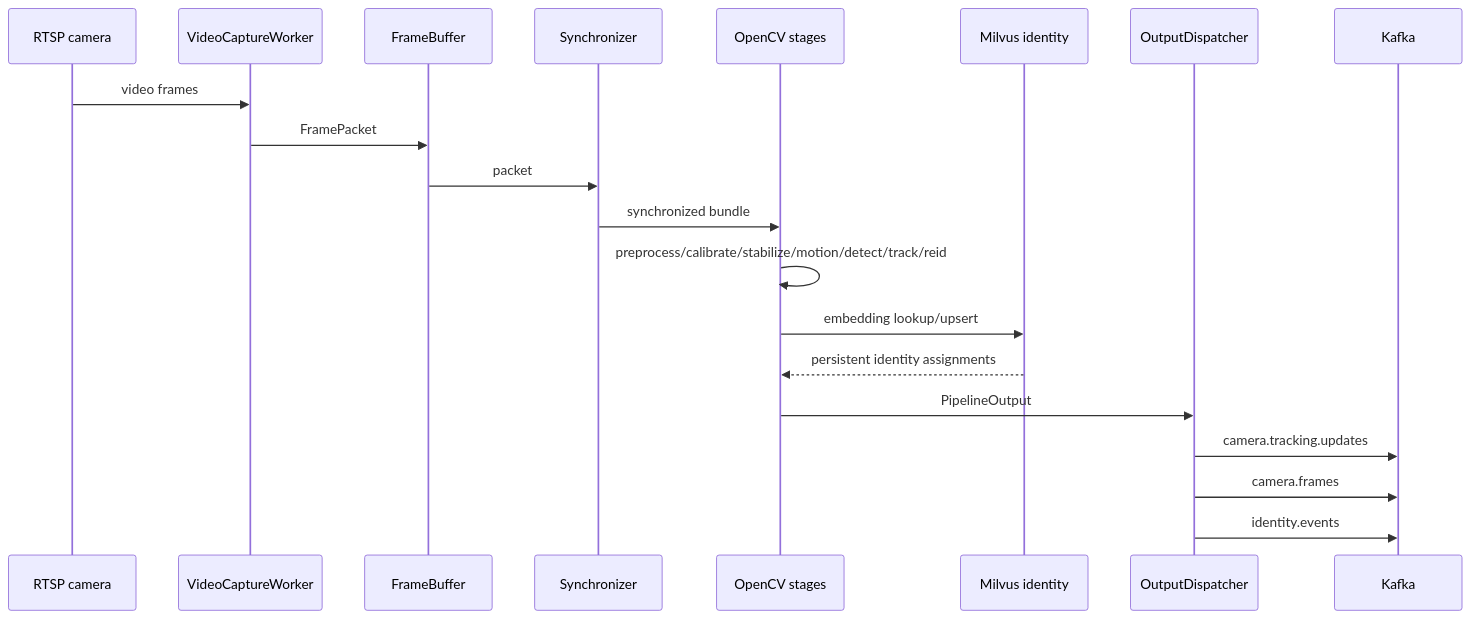
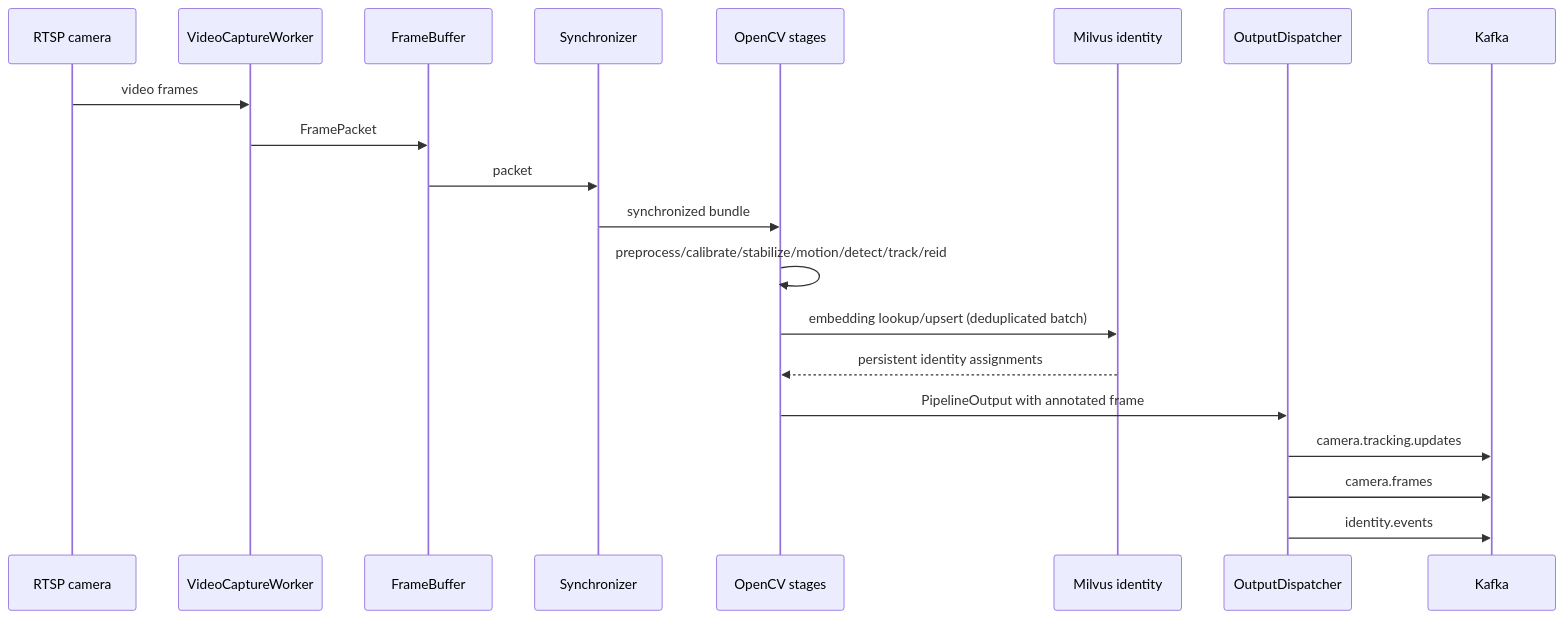
The fifth of 7 diagrams in backend/README.md (Premaramkarthik/Ai-Intelligence-Theft-Detection), drawn with Mermaid before and after one commit. The commit also changed other lines of this file and 85 other files, not shown here.

````diff
--- a/backend/README.md
+++ b/backend/README.md
@@ -520,23 +390,23 @@
 ```mermaid
 sequenceDiagram
     participant Cam as RTSP camera
     participant W as VideoCaptureWorker
     participant B as FrameBuffer
     participant S as Synchronizer
     participant P as OpenCV stages
     participant MI as Milvus identity
     participant O as OutputDispatcher
     participant K as Kafka
 
     Cam->>W: video frames
     W->>B: FramePacket
     B->>S: packet
     S->>P: synchronized bundle
     P->>P: preprocess/calibrate/stabilize/motion/detect/track/reid
-    P->>MI: embedding lookup/upsert
+    P->>MI: embedding lookup/upsert (deduplicated batch)
     MI-->>P: persistent identity assignments
-    P->>O: PipelineOutput
+    P->>O: PipelineOutput with annotated frame
     O->>K: camera.tracking.updates
     O->>K: camera.frames
     O->>K: identity.events
 ```
````
